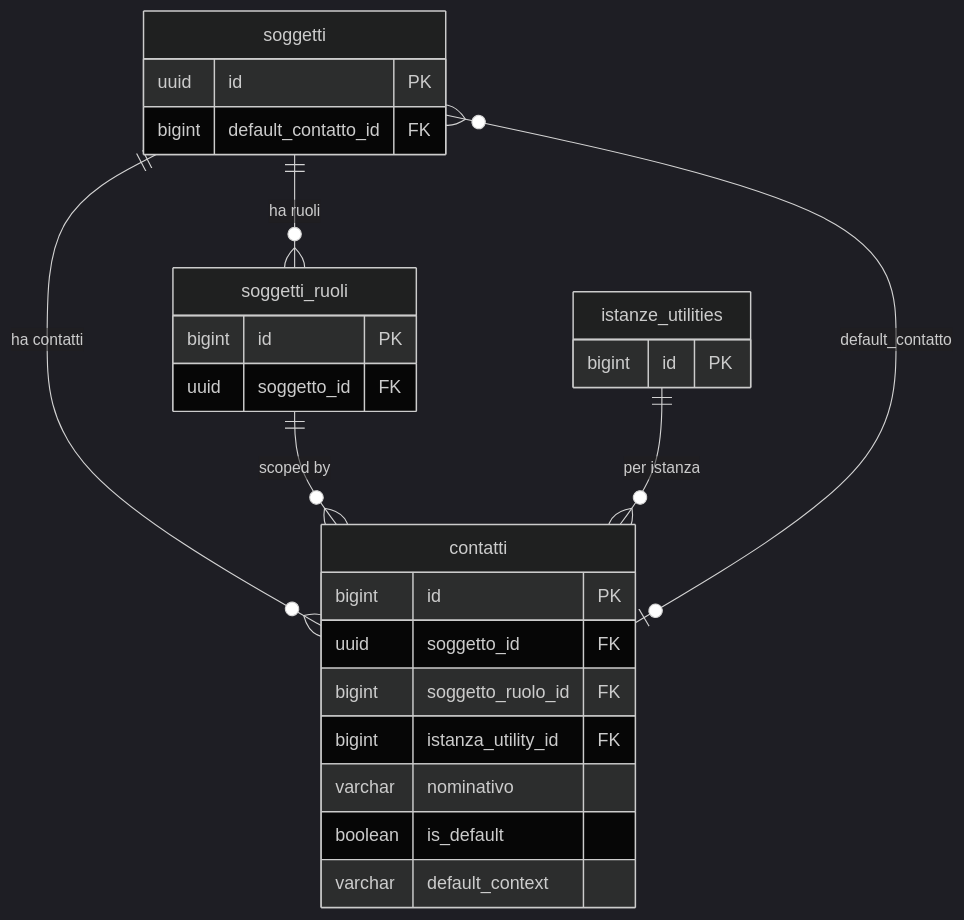
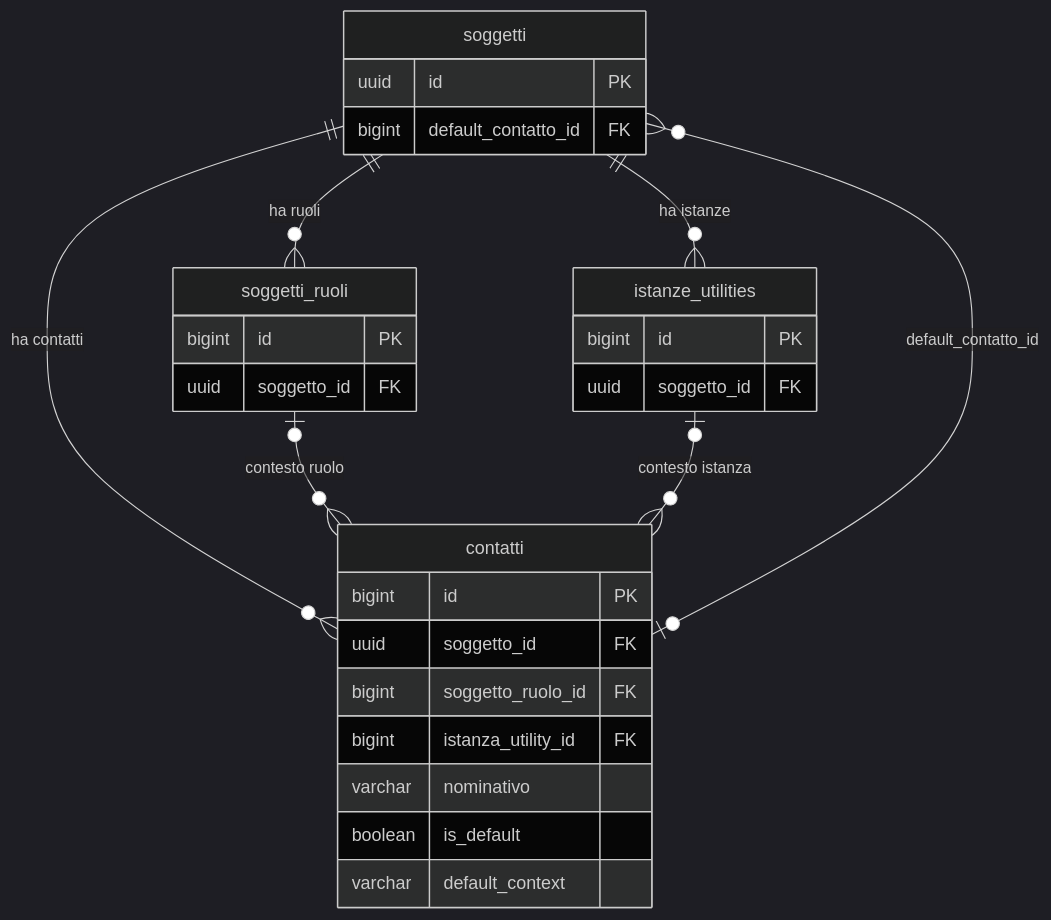
The first of 2 diagrams in docs/it/guide/gestione-dei-contatti.md (Tito-it/ZeroErp), drawn with Mermaid (dark theme) before and after one commit. The commit also changed other lines of this file and 109 other files, not shown here.

````diff
--- a/docs/it/guide/gestione-dei-contatti.md
+++ b/docs/it/guide/gestione-dei-contatti.md
@@ -303,32 +224,34 @@
 ```mermaid
 erDiagram
     soggetti {
         uuid id PK
         bigint default_contatto_id FK
     }
 
     soggetti_ruoli {
+        bigint id PK
+        uuid soggetto_id FK
+    }
+
+    istanze_utilities {
         bigint id PK
         uuid soggetto_id FK
     }
 
     contatti {
         bigint id PK
         uuid soggetto_id FK
         bigint soggetto_ruolo_id FK
         bigint istanza_utility_id FK
         varchar nominativo
         boolean is_default
         varchar default_context
     }
 
-    istanze_utilities {
-        bigint id PK
-    }
-
     soggetti ||--o{ contatti : "ha contatti"
     soggetti ||--o{ soggetti_ruoli : "ha ruoli"
-    soggetti_ruoli ||--o{ contatti : "scoped by"
-    istanze_utilities ||--o{ contatti : "per istanza"
-    soggetti }o--o| contatti : "default_contatto"
+    soggetti ||--o{ istanze_utilities : "ha istanze"
+    soggetti_ruoli |o--o{ contatti : "contesto ruolo"
+    istanze_utilities |o--o{ contatti : "contesto istanza"
+    soggetti }o--o| contatti : "default_contatto_id"
 ```
````
